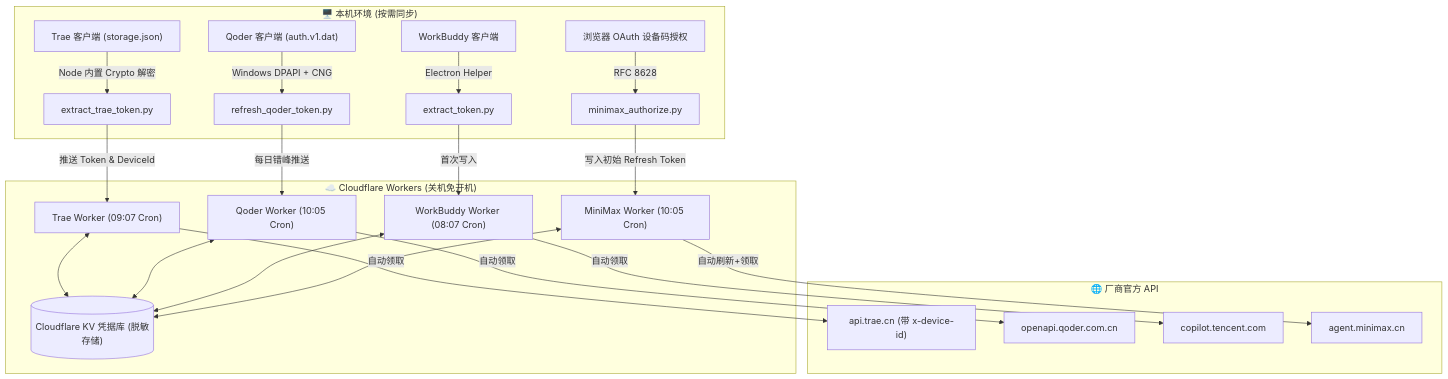
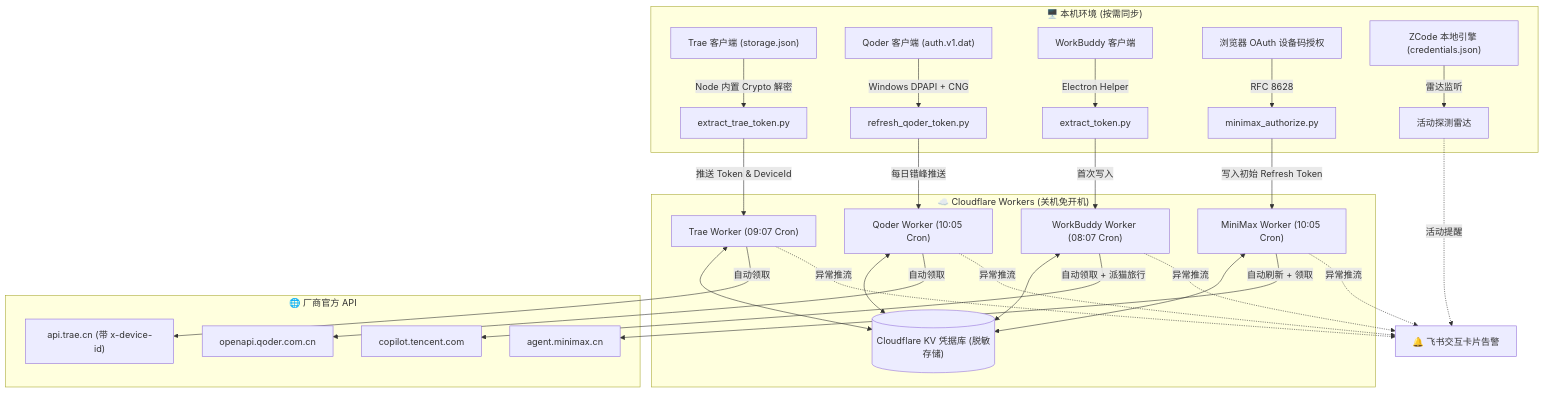
The diagram in README.md (DewellNaa/ai-token-checkin-workers), drawn with Mermaid before and after one commit. The commit also changed other lines of this file, not shown here.

Commit message:
docs: enrich README with annual credit valuation, 5-platform matrix, and feishu cards

````diff
--- a/README.md
+++ b/README.md
@@ -43,39 +79,46 @@
 ```mermaid
 flowchart TD
     subgraph Local["🖥️ 本机环境 (按需同步)"]
         TraeApp["Trae 客户端 (storage.json)"] -->|Node 内置 Crypto 解密| TraeScript["extract_trae_token.py"]
         QoderApp["Qoder 客户端 (auth.v1.dat)"] -->|Windows DPAPI + CNG| QoderScript["refresh_qoder_token.py"]
         WBApp["WorkBuddy 客户端"] -->|Electron Helper| WBScript["extract_token.py"]
         MiniMaxAuth["浏览器 OAuth 设备码授权"] -->|RFC 8628| MMScript["minimax_authorize.py"]
+        ZCodeCLI["ZCode 本地引擎 (credentials.json)"] -->|雷达监听| LocalRadar["活动探测雷达"]
     end
 
     subgraph Cloudflare["☁️ Cloudflare Workers (关机免开机)"]
         W1["Trae Worker (09:07 Cron)"]
         W2["Qoder Worker (10:05 Cron)"]
         W3["WorkBuddy Worker (08:07 Cron)"]
         W4["MiniMax Worker (10:05 Cron)"]
         KV[("Cloudflare KV 凭据库 (脱敏存储)")]
     end
 
     subgraph Upstream["🌐 厂商官方 API"]
         TraeAPI["api.trae.cn (带 x-device-id)"]
         QoderAPI["openapi.qoder.com.cn"]
         WBAPI["copilot.tencent.com"]
         MMAPI["agent.minimax.cn"]
     end
 
     TraeScript -->|推送 Token & DeviceId| W1
     QoderScript -->|每日错峰推送| W2
     WBScript -->|首次写入| W3
     MMScript -->|写入初始 Refresh Token| W4
 
     W1 <--> KV
     W2 <--> KV
     W3 <--> KV
     W4 <--> KV
 
     W1 -->|自动领取| TraeAPI
     W2 -->|自动领取| QoderAPI
-    W3 -->|自动领取| WBAPI
-    W4 -->|自动刷新+领取| MMAPI
+    W3 -->|自动领取 + 派猫旅行| WBAPI
+    W4 -->|自动刷新 + 领取| MMAPI
+
+    W1 -.->|异常推流| Feishu["🔔 飞书交互卡片告警"]
+    W2 -.->|异常推流| Feishu
+    W3 -.->|异常推流| Feishu
+    W4 -.->|异常推流| Feishu
+    LocalRadar -.->|活动提醒| Feishu
 ```
````
